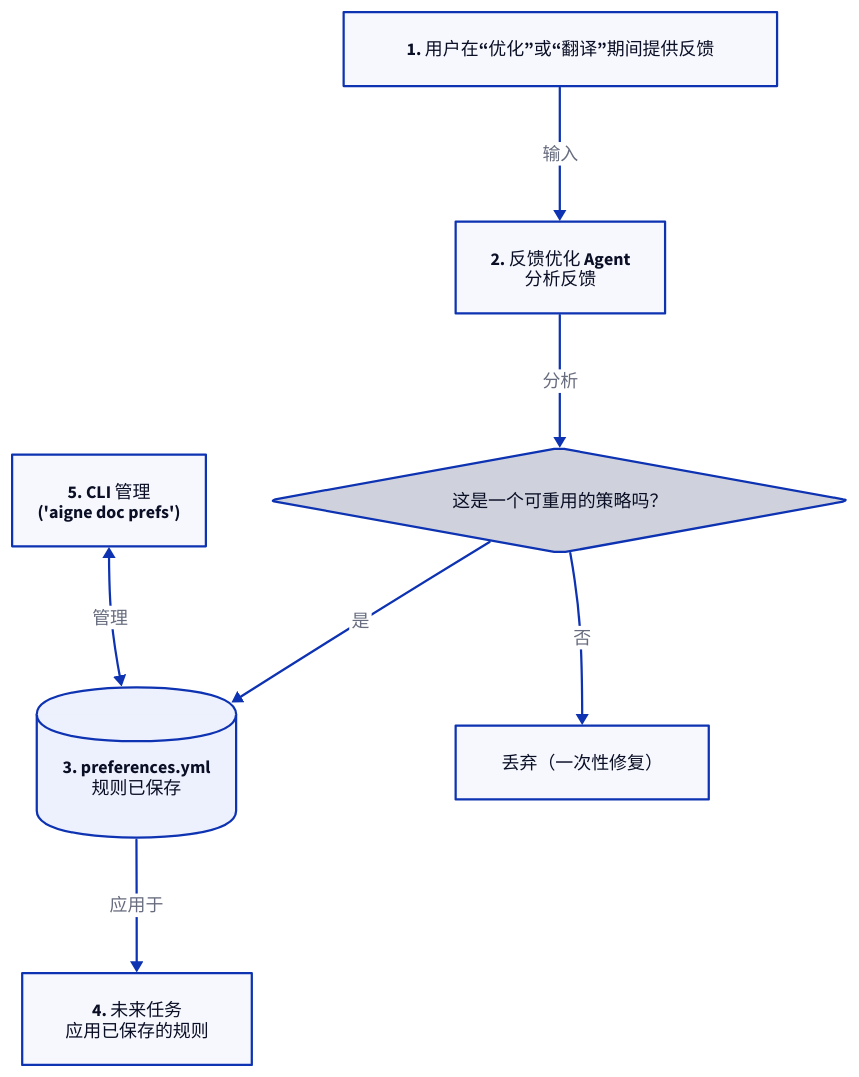
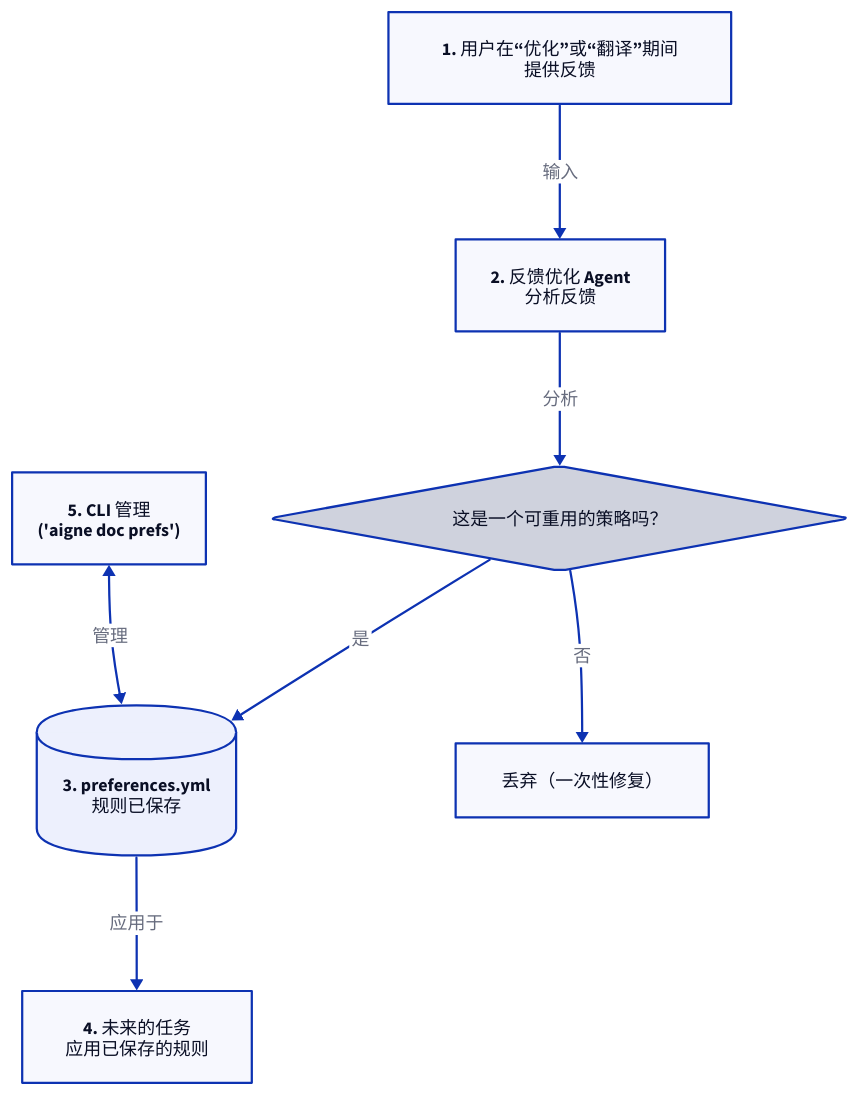
One commit to AIGNE-io/aigne-doc-smith changed the diagram in docs/configuration-preferences.zh.md. Above: the diagram before and after it, drawn with D2. The commit also changed other lines of this file and 52 other files, not shown here.

````diff
--- a/docs/configuration-preferences.zh.md
+++ b/docs/configuration-preferences.zh.md
@@ -9,41 +9,41 @@
-```d2 偏好生命周期
+```d2 偏好设置的生命周期
 direction: down
 
 feedback: {
-  label: "1. 用户在“优化”或“翻译”期间提供反馈"
+  label: "1. 用户在“优化”或“翻译”期间\n提供反馈"
   shape: rectangle
 }
 
 refiner: {
   label: "2. 反馈优化 Agent\n分析反馈"
   shape: rectangle
 }
 
 decision: {
   label: "这是一个可重用的策略吗？"
   shape: diamond
 }
 
 pref_file: {
   label: "3. preferences.yml\n规则已保存"
   shape: cylinder
 }
 
 future_tasks: {
-  label: "4. 未来任务\n应用已保存的规则"
+  label: "4. 未来的任务\n应用已保存的规则"
   shape: rectangle
 }
 
 cli: {
   label: "5. CLI 管理\n('aigne doc prefs')"
   shape: rectangle
 }
 
 feedback -> refiner: "输入"
 refiner -> decision: "分析"
 decision -> pref_file: "是"
 decision -> "丢弃（一次性修复）": "否"
 pref_file -> future_tasks: "应用于"
 cli <-> pref_file: "管理"
 
 ```
````
